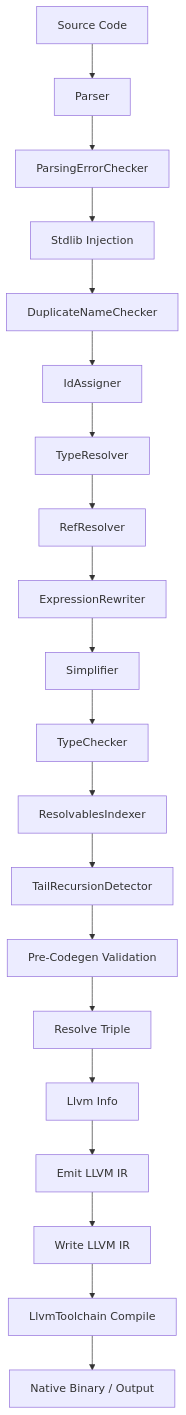
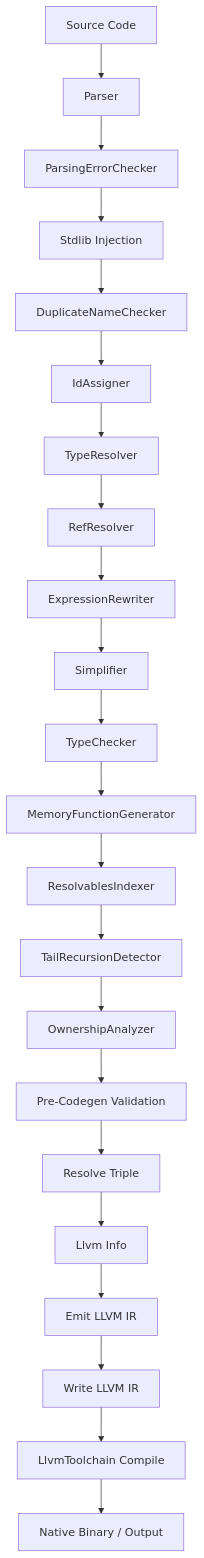
The diagram in docs/design/compiler-design.md (fedesilva/minnieml), drawn with Mermaid before and after one commit. The commit also changed other lines of this file and 4 other files, not shown here.

````diff
--- a/docs/design/compiler-design.md
+++ b/docs/design/compiler-design.md
@@ -608,22 +673,24 @@
 ```mermaid
 flowchart TD
     Source[Source Code] --> Parse[Parser]
     Parse --> PEC[ParsingErrorChecker]
     PEC --> Inject[Stdlib Injection]
     Inject --> DNC[DuplicateNameChecker]
     DNC --> IDA[IdAssigner]
     IDA --> TR[TypeResolver]
     TR --> RR[RefResolver]
     RR --> ER[ExpressionRewriter]
     ER --> S[Simplifier]
     S --> TC[TypeChecker]
-    TC --> RI[ResolvablesIndexer]
+    TC --> MFG[MemoryFunctionGenerator]
+    MFG --> RI[ResolvablesIndexer]
     RI --> TRD[TailRecursionDetector]
-    TRD --> VAL[Pre-Codegen Validation]
+    TRD --> OA[OwnershipAnalyzer]
+    OA --> VAL[Pre-Codegen Validation]
     VAL --> RT[Resolve Triple]
     RT --> LI[Llvm Info]
     LI --> EM[Emit LLVM IR]
     EM --> WI[Write LLVM IR]
     WI --> TOOL[LlvmToolchain Compile]
     TOOL --> Binary[Native Binary / Output]
 ```
````
